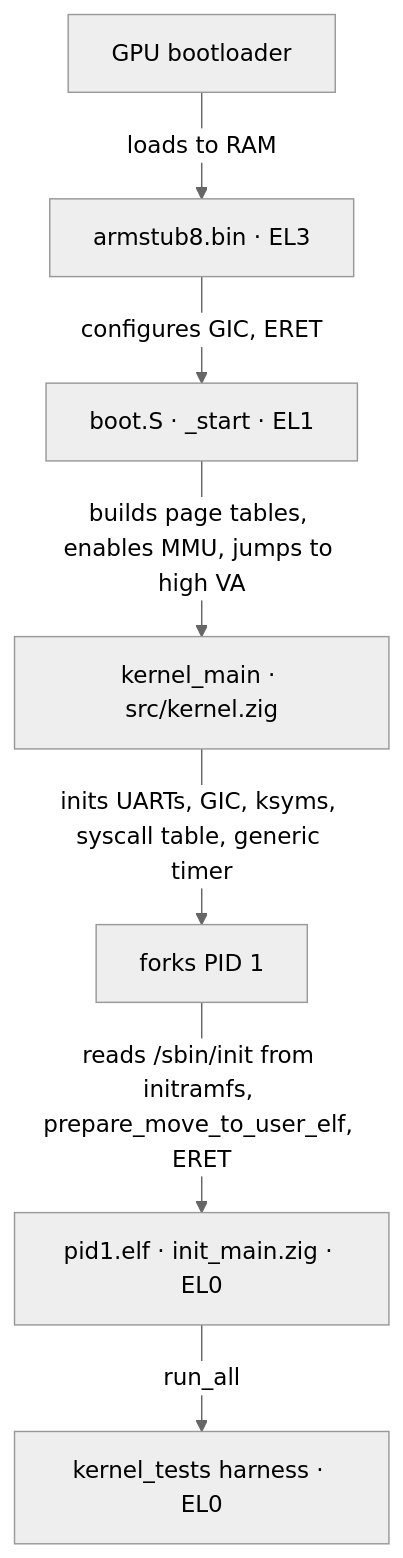
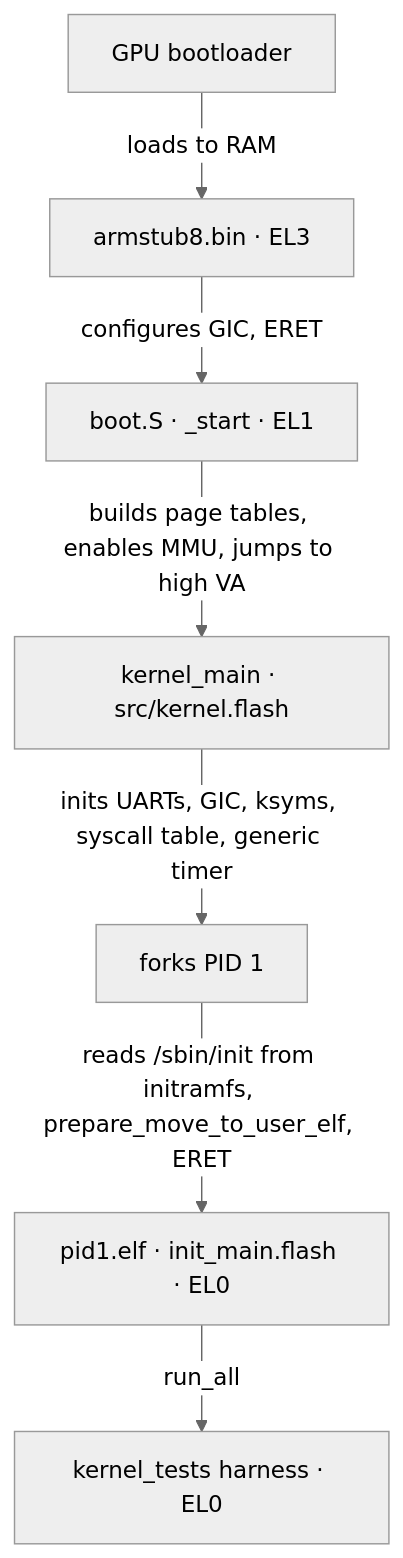
One commit to ajhahnde/FlashOS changed the diagram in DOCUMENTATION.md. Above: the diagram before and after it, drawn with Mermaid (neutral theme). The commit also changed other lines of this file and 11 other files, not shown here.

````diff
--- a/DOCUMENTATION.md
+++ b/DOCUMENTATION.md
@@ -154,9 +155,9 @@
 ```mermaid
 flowchart TD
     A[GPU bootloader] -->|loads to RAM| B[armstub8.bin · EL3]
     B -->|configures GIC, ERET| C[boot.S · _start · EL1]
-    C -->|builds page tables, enables MMU, jumps to high VA| D[kernel_main · src/kernel.zig]
+    C -->|builds page tables, enables MMU, jumps to high VA| D[kernel_main · src/kernel.flash]
     D -->|inits UARTs, GIC, ksyms, syscall table, generic timer| E[forks PID 1]
-    E -->|reads /sbin/init from initramfs, prepare_move_to_user_elf, ERET| F[pid1.elf · init_main.zig · EL0]
+    E -->|reads /sbin/init from initramfs, prepare_move_to_user_elf, ERET| F[pid1.elf · init_main.flash · EL0]
     F -->|run_all| G[kernel_tests harness · EL0]
 ```
````
